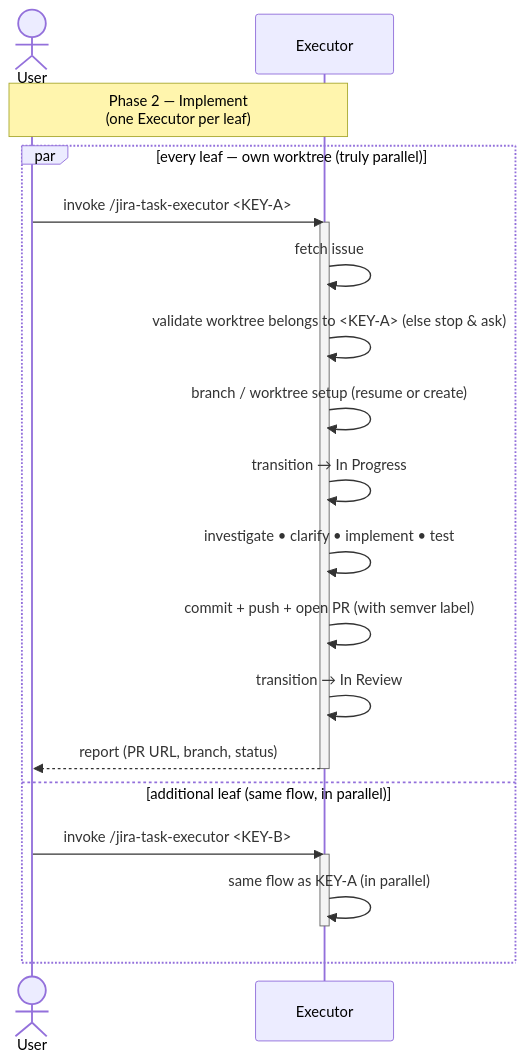
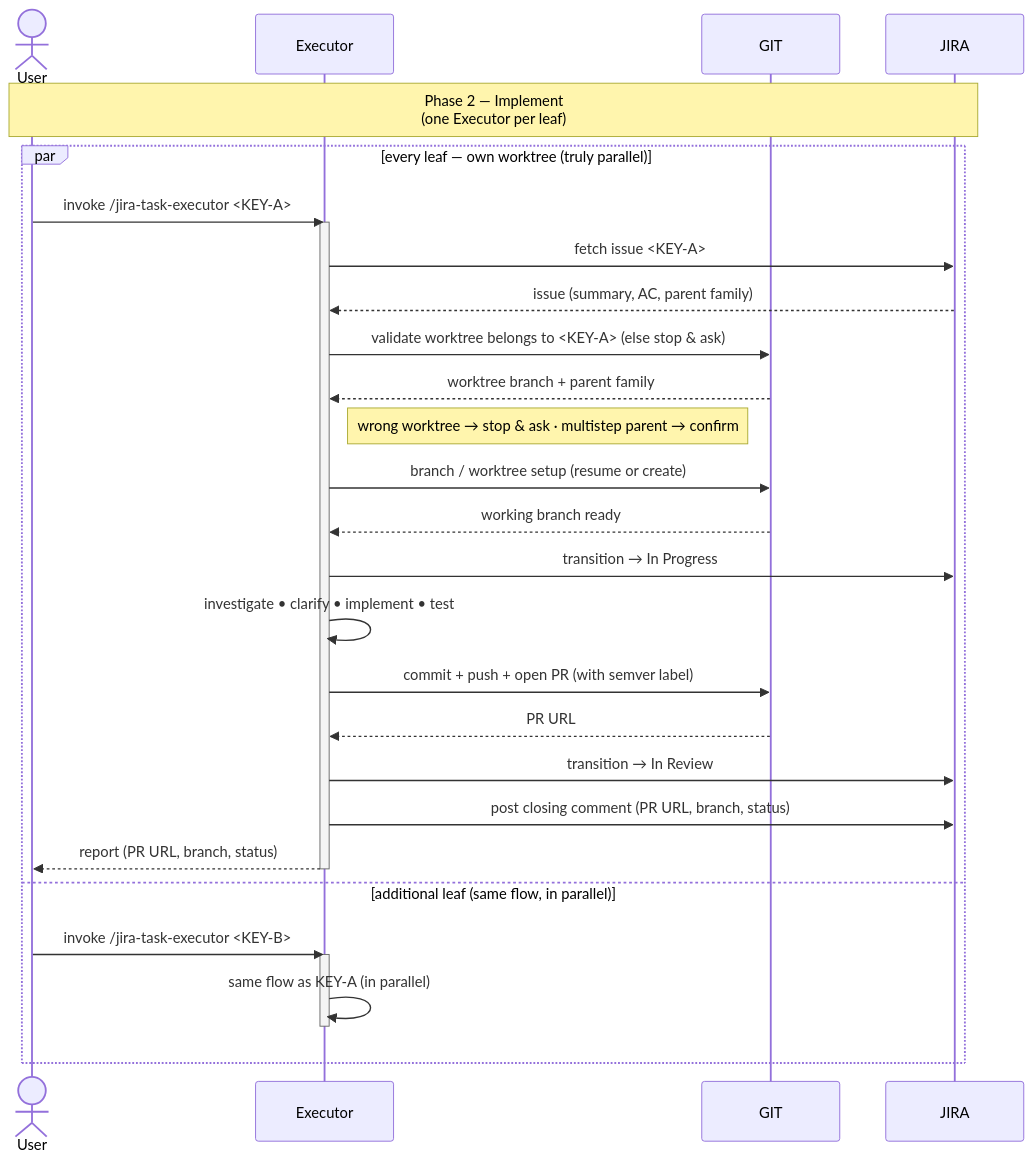
The diagram in plugins/jira-sdlc/docs/TASK-LIFECYCLE-PHASE-2.md (kantorv/jira-sdlc-tools), drawn with Mermaid before and after one commit. The commit also changed other lines of this file and 5 other files, not shown here.

Commit message:
mermaid diagrams aligned with skills logic JST-24 #done

````diff
--- a/plugins/jira-sdlc/docs/TASK-LIFECYCLE-PHASE-2.md
+++ b/plugins/jira-sdlc/docs/TASK-LIFECYCLE-PHASE-2.md
@@ -10,26 +19,34 @@
 ```mermaid
 sequenceDiagram
     actor User
     participant Executor
+    participant GIT
+    participant JIRA
 
-    Note over User,Executor: Phase 2 — Implement<br/>(one Executor per leaf)
+    Note over User,JIRA: Phase 2 — Implement<br/>(one Executor per leaf)
 
     par every leaf — own worktree (truly parallel)
         User->>Executor: invoke /jira-task-executor <KEY-A>
         activate Executor
-        Executor->>Executor: fetch issue
-        Executor->>Executor: validate worktree belongs to <KEY-A> (else stop & ask)
-        Executor->>Executor: branch / worktree setup (resume or create)
-        Executor->>Executor: transition → In Progress
+        Executor->>JIRA: fetch issue <KEY-A>
+        JIRA-->>Executor: issue (summary, AC, parent family)
+        Executor->>GIT: validate worktree belongs to <KEY-A> (else stop & ask)
+        GIT-->>Executor: worktree branch + parent family
+        Note right of Executor: wrong worktree → stop & ask · multistep parent → confirm
+        Executor->>GIT: branch / worktree setup (resume or create)
+        GIT-->>Executor: working branch ready
+        Executor->>JIRA: transition → In Progress
         Executor->>Executor: investigate • clarify • implement • test
-        Executor->>Executor: commit + push + open PR (with semver label)
-        Executor->>Executor: transition → In Review
+        Executor->>GIT: commit + push + open PR (with semver label)
+        GIT-->>Executor: PR URL
+        Executor->>JIRA: transition → In Review
+        Executor->>JIRA: post closing comment (PR URL, branch, status)
         Executor-->>User: report (PR URL, branch, status)
         deactivate Executor
     and additional leaf (same flow, in parallel)
         User->>Executor: invoke /jira-task-executor <KEY-B>
         activate Executor
         Executor->>Executor: same flow as KEY-A (in parallel)
         deactivate Executor
     end
 ```
````
